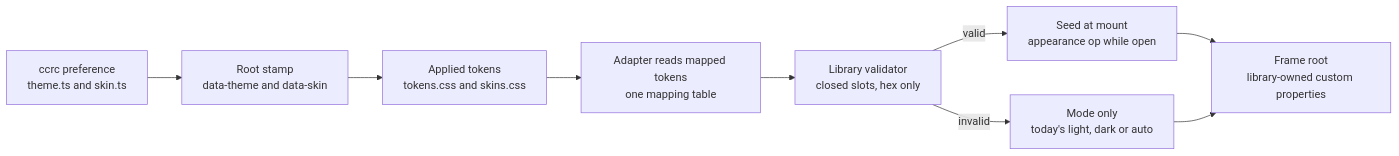
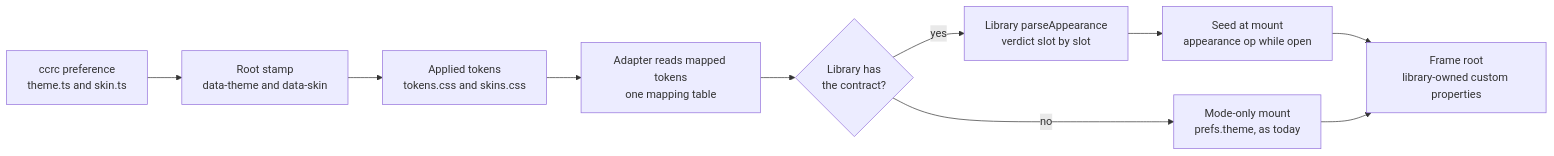
Before and after one commit to Synapsium-Labs/ccrc-pwa: the first of 3 diagrams in docs/superpowers/specs/2026-11-18-native-docs-appearance-continuity-design.md, drawn with Mermaid. The commit also changed other lines of this file and 1 other file, not shown here.

First line of the commit message:
docs(spec,plan): X1 FR1 F7, one bad-value rule, the library's validator

````diff
--- a/docs/superpowers/specs/2026-11-18-native-docs-appearance-continuity-design.md
+++ b/docs/superpowers/specs/2026-11-18-native-docs-appearance-continuity-design.md
@@ -54,11 +54,12 @@
 ```mermaid
 flowchart LR
   P["ccrc preference<br/>theme.ts and skin.ts"] --> R["Root stamp<br/>data-theme and data-skin"]
   R --> T["Applied tokens<br/>tokens.css and skins.css"]
   T --> M["Adapter reads mapped tokens<br/>one mapping table"]
-  M --> V["Library validator<br/>closed slots, hex only"]
-  V -->|valid| A["Seed at mount<br/>appearance op while open"]
-  V -->|invalid| F["Mode only<br/>today's light, dark or auto"]
+  M --> C{"Library has<br/>the contract?"}
+  C -->|yes| V["Library parseAppearance<br/>verdict slot by slot"]
+  V --> A["Seed at mount<br/>appearance op while open"]
+  C -->|no| F["Mode-only mount<br/>prefs.theme, as today"]
   A --> X["Frame root<br/>library-owned custom properties"]
   F --> X
 ```
````
